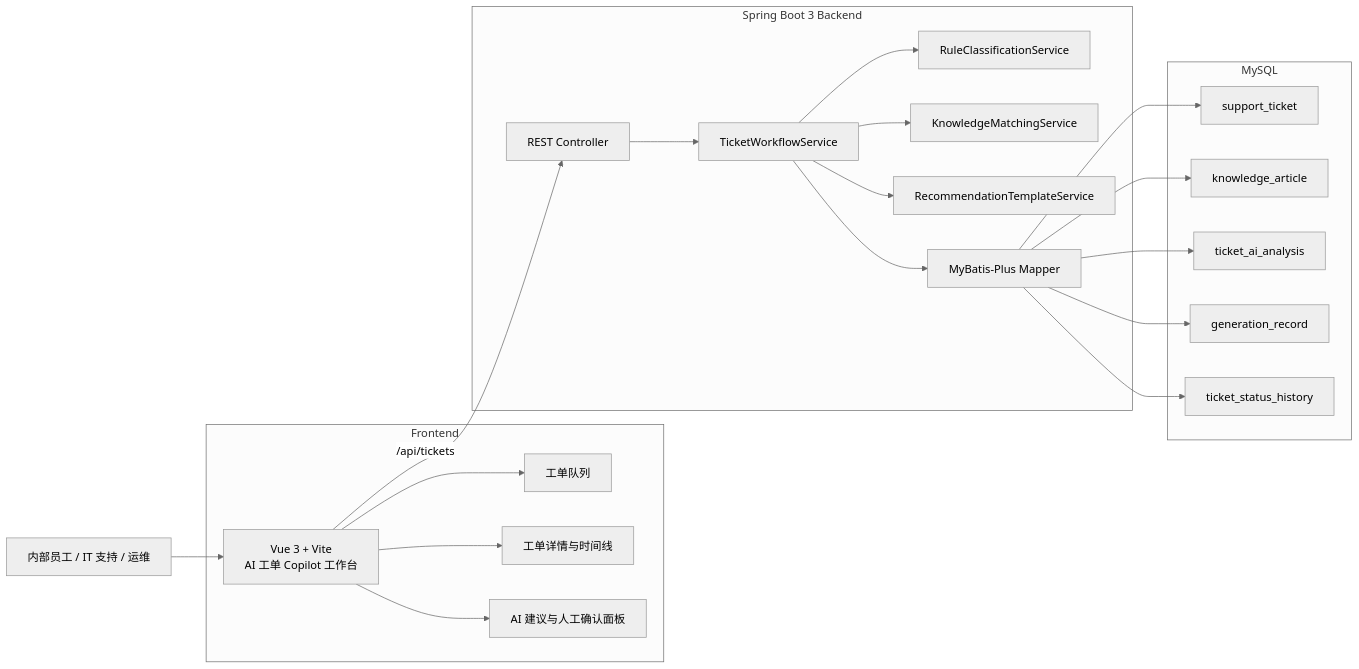
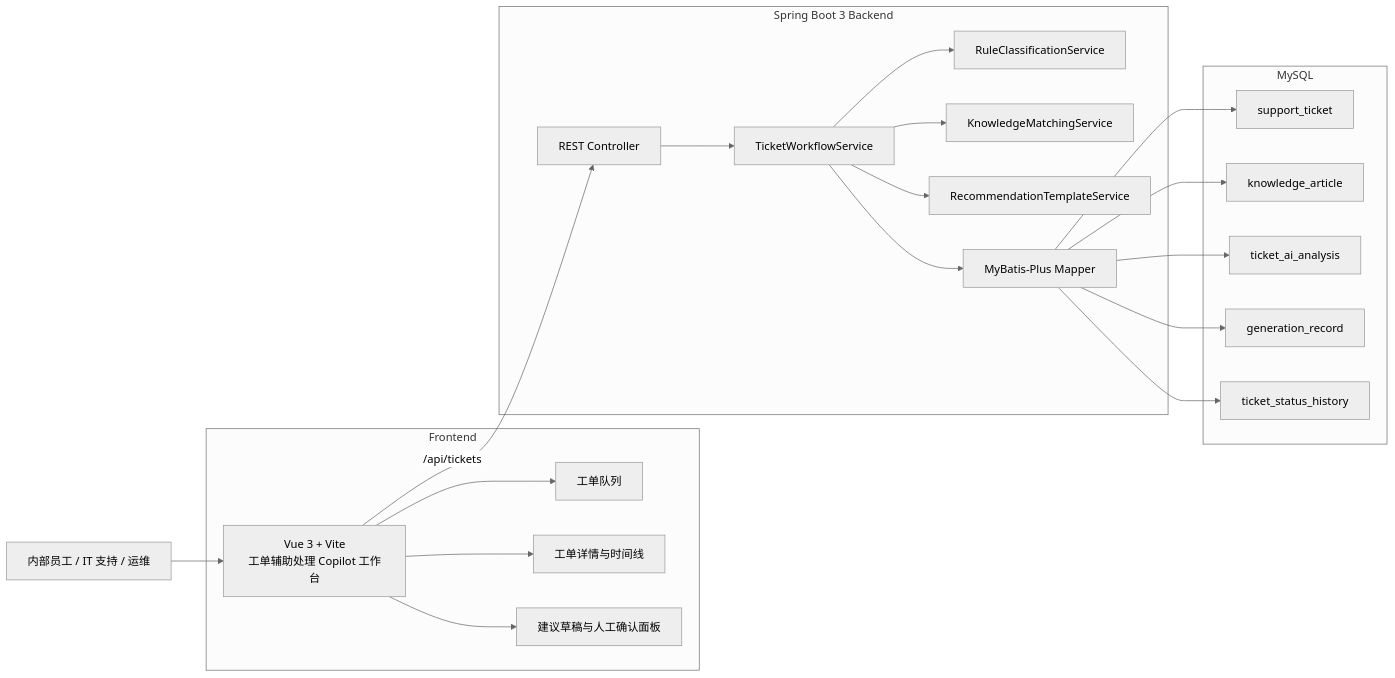
The first of 4 diagrams in docs/architecture.md (jameswilson87156-del/enterprise-ai-ticket-copilot), drawn with Mermaid (neutral theme) before and after one commit. The commit also changed other lines of this file and 6 other files, not shown here.

````diff
--- a/docs/architecture.md
+++ b/docs/architecture.md
@@ -7,33 +7,33 @@
 ```mermaid
 flowchart LR
-  user["内部员工 / IT 支持 / 运维"] --> web["Vue 3 + Vite<br/>AI 工单 Copilot 工作台"]
+  user["内部员工 / IT 支持 / 运维"] --> web["Vue 3 + Vite<br/>工单辅助处理 Copilot 工作台"]
 
   subgraph frontend["Frontend"]
     web --> queue["工单队列"]
     web --> detail["工单详情与时间线"]
-    web --> ai_panel["AI 建议与人工确认面板"]
+    web --> ai_panel["建议草稿与人工确认面板"]
   end
 
   subgraph backend["Spring Boot 3 Backend"]
     api["REST Controller"] --> workflow["TicketWorkflowService"]
     workflow --> classifier["RuleClassificationService"]
     workflow --> matcher["KnowledgeMatchingService"]
     workflow --> template["RecommendationTemplateService"]
     workflow --> mapper["MyBatis-Plus Mapper"]
   end
 
   subgraph mysql["MySQL"]
     support_ticket["support_ticket"]
     knowledge_article["knowledge_article"]
     ticket_ai_analysis["ticket_ai_analysis"]
     generation_record["generation_record"]
     ticket_status_history["ticket_status_history"]
   end
 
   web -->|/api/tickets| api
   mapper --> support_ticket
   mapper --> knowledge_article
   mapper --> ticket_ai_analysis
   mapper --> generation_record
   mapper --> ticket_status_history
 ```
````
